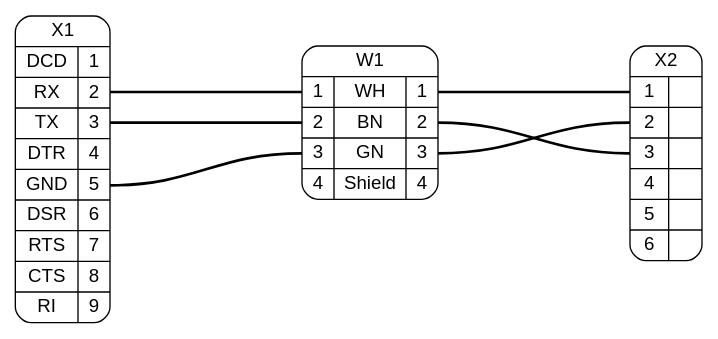
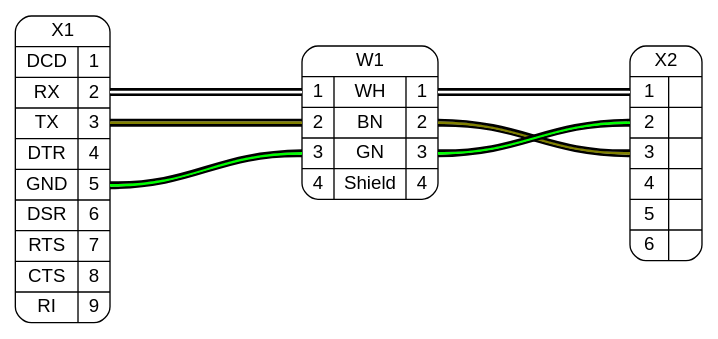
One commit to wireviz/WireViz changed the diagram in src/output/output.dot. Above: the diagram before and after it, drawn with Graphviz. The commit also changed 1 other file, not shown here.

```diff
--- a/src/output/output.dot
+++ b/src/output/output.dot
@@ -1,17 +1,18 @@
 digraph G {
     graph [rankdir = LR, ranksep=2, fontname = "arial"];
     edge [arrowhead=none, fontname = "arial"];
     node [shape=record, style=rounded, fontname = "arial"];
 
 
 X1[label="X1 | {{DCD|RX|TX|DTR|GND|DSR|RTS|CTS|RI} | {<p1>1|<p2>2|<p3>3|<p4>4|<p5>5|<p6>6|<p7>7|<p8>8|<p9>9}}}"]
 X2[label="X2 | {{<p1>1|<p2>2|<p3>3|<p4>4|<p5>5|<p6>6} | {|||||}}}"]
 W1[label="W1 | {{<w1i>1|<w2i>2|<w3i>3|<w4i>4} | {WH|BN|GN|Shield} | {<w1o>1|<w2o>2|<w3o>3|<w4o>4}}}"]
 
-{edge[style=bold]{X1:p2 -> W1:w1i; W1:w1o -> X2:p1}
-{X1:p3 -> W1:w2i; W1:w2o -> X2:p3}
-{X1:p5 -> W1:w3i; W1:w3o -> X2:p2}
+{edge[style=bold]
+{edge[color="#000000:#ffffff:#000000"] X1:p2 -> W1:w1i; W1:w1o -> X2:p1}
+{edge[color="#000000:#808000:#000000"] X1:p3 -> W1:w2i; W1:w2o -> X2:p3}
+{edge[color="#000000:#00ff00:#000000"] X1:p5 -> W1:w3i; W1:w3o -> X2:p2}
 }
 
 
 }
```
